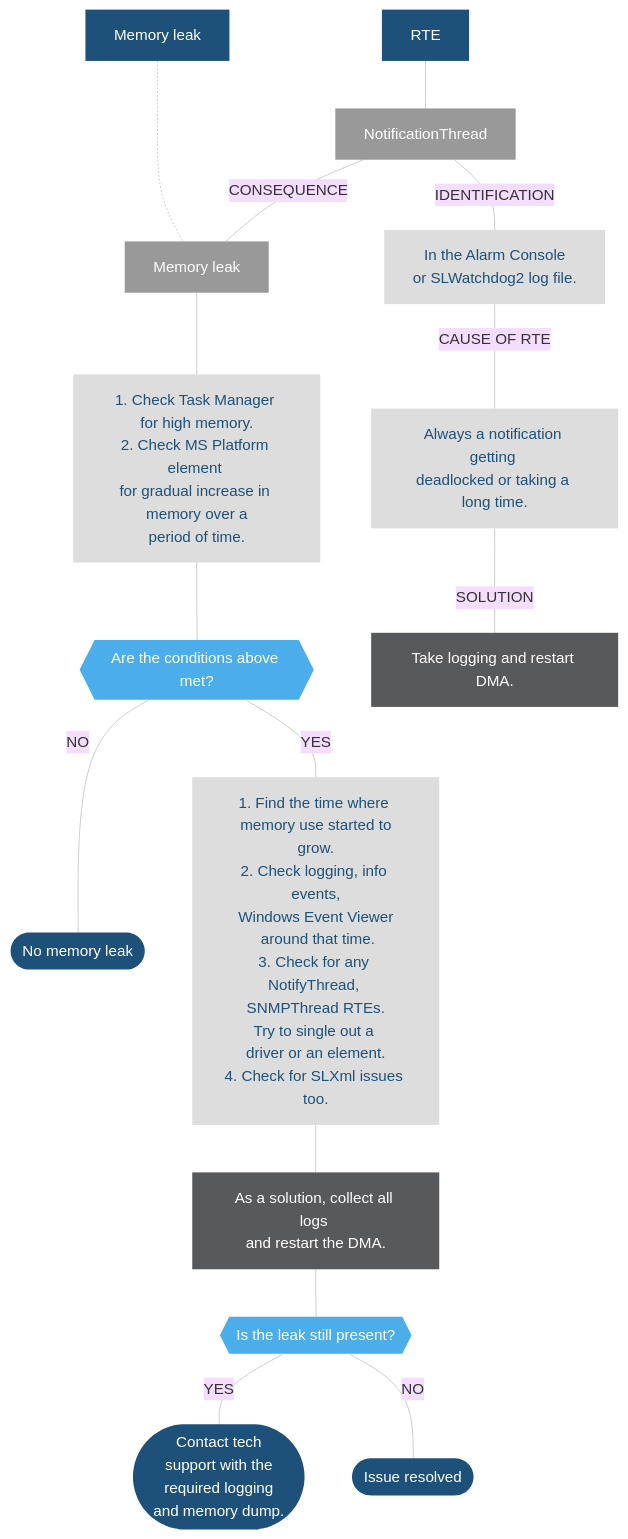
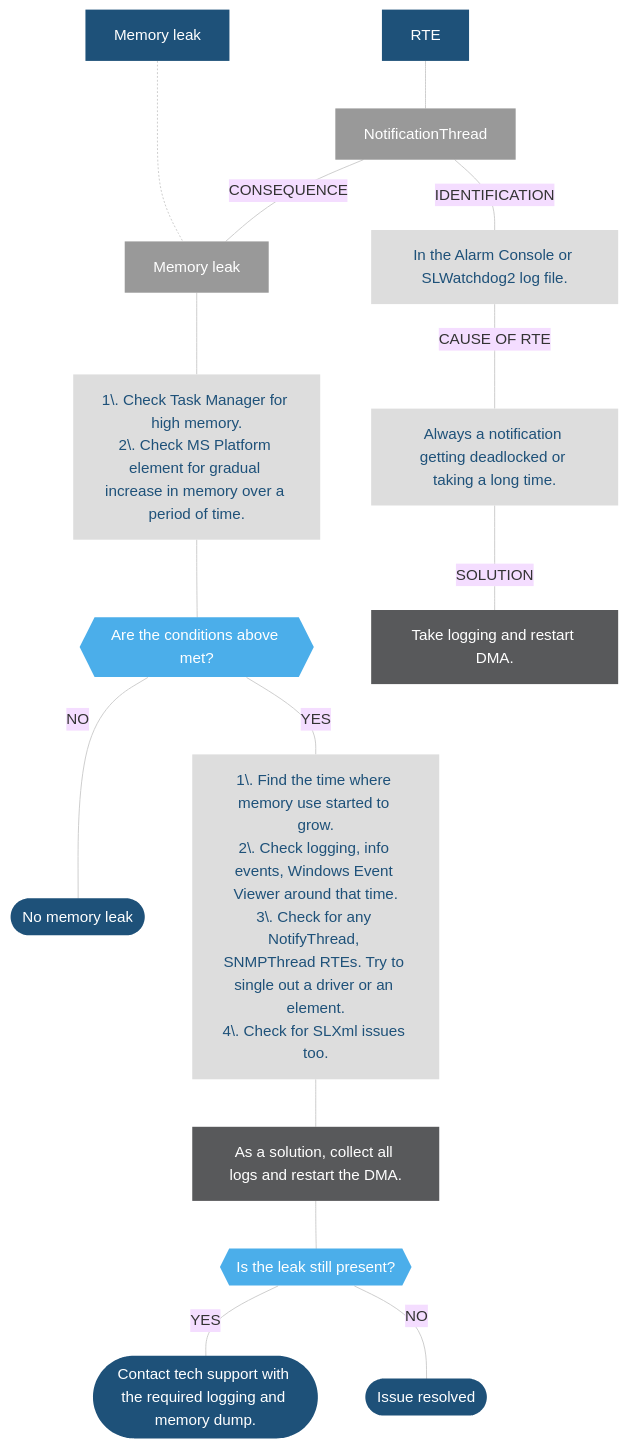
The second of 3 diagrams in user-guide/Troubleshooting/Troubleshooting_Flowcharts/Troubleshooting_Process_Identification/Communication_processes/Troubleshooting_SLDMS_exe.md (SkylineCommunications/dataminer-docs), drawn with Mermaid (base theme) before and after one commit. The commit also changed other lines of this file and 21 other files, not shown here.

````diff
--- a/user-guide/Troubleshooting/Troubleshooting_Flowcharts/Troubleshooting_Process_Identification/Communication_processes/Troubleshooting_SLDMS_exe.md
+++ b/user-guide/Troubleshooting/Troubleshooting_Flowcharts/Troubleshooting_Process_Identification/Communication_processes/Troubleshooting_SLDMS_exe.md
@@ -54,51 +54,51 @@
 ```mermaid
 flowchart TD
 %% Define styles %%
 linkStyle default stroke:#cccccc
 classDef LightBlue fill:#9DDAF5,stroke:#000070,stroke-width:0px, color:#1E5179;
 classDef Blue fill:#4BAEEA,stroke:#000070,stroke-width:0px, color:#FFFFFF;
 classDef DarkBlue fill:#1E5179,stroke:#000070,stroke-width:0px, color:#FFFFFF;
 classDef DarkGray fill:#58595B,stroke:#000070,stroke-width:0px, color:#FFFFFF;
 classDef Gray fill:#999999,stroke:#000070,stroke-width:0px, color:#FFFFFF;
 classDef LightGray fill:#DDDDDD,stroke:#000070,stroke-width:0px, color:#1E5179;
 %% Define blocks %%
 Nt[NotificationThread]
 Rte[RTE]
 Leak[Memory leak]
 Ml[Memory leak]
-Ch[1. Check Task Manager <br>for high memory.<br/>2. Check MS Platform element <br>for gradual increase in <br> memory over a <br>period of time.]
+Ch[1\. Check Task Manager for high memory.<br/>2\. Check MS Platform element for gradual increase in memory over a period of time.]
 D1{{Are the conditions above met?}}
 N1([No memory leak])
-Y1[1. Find the time where <br> memory use started to grow.<br/>2. Check logging, info events,<br> Windows Event Viewer <br> around that time.<br/>3. Check for any NotifyThread, <br>SNMPThread RTEs.<br/>Try to single out a <br>driver or an element.<br/>4. Check for SLXml issues too.]
-Sol1[As a solution, collect all logs <br/>and restart the DMA.]
+Y1[1\. Find the time where memory use started to grow.<br/>2\. Check logging, info events, Windows Event Viewer around that time.<br/>3\. Check for any NotifyThread, SNMPThread RTEs. Try to single out a driver or an element.<br/>4\. Check for SLXml issues too.]
+Sol1[As a solution, collect all logs and restart the DMA.]
 Ch1{{Is the leak still present?}}
 N2([Issue resolved])
-Y2([Contact tech <br>support with the <br/> required logging <br>and memory dump.])
-Nt1[In the Alarm Console<br/> or SLWatchdog2 log file.]
-Nt2[Always a notification getting <br/>deadlocked or taking a long time.]
+Y2([Contact tech support with the required logging and memory dump.])
+Nt1[In the Alarm Console or SLWatchdog2 log file.]
+Nt2[Always a notification getting deadlocked or taking a long time.]
 Nt3[Take logging and restart DMA.]
 %% Connect blocks %%
 Ml -..- Leak
 Rte --- Nt
 Leak --- Ch
 Ch --- D1
 D1 --- |YES| Y1
 D1 --- |NO| N1
 Y1 --- Sol1
 Sol1 --- Ch1
 Ch1 --- |YES| Y2
 Ch1 --- |NO| N2
 Nt --- |IDENTIFICATION| Nt1
 Nt --- |CONSEQUENCE| Leak
 Nt1 --- |CAUSE OF RTE| Nt2
 Nt2 --- |SOLUTION| Nt3
 %% Define hyperlinks %%
 click Nt "#notificationthread-rte"
 %% Apply styles to blocks %%
 class Rte,Ml,START,MinidumpNo,ProcessCrashed,N2,N1,Y2 DarkBlue;
 class MinidumpYes,Sol1,Nt3 DarkGray;
 class CrashdumpDetected,Minidump,D1,Ch1 Blue;
 class StartPage,LogCollector,OI LightBlue;
 class Crash,Y1,Ch,Nt1,Nt2 LightGray;
 class Nt,Leak Gray;
 ```
````
